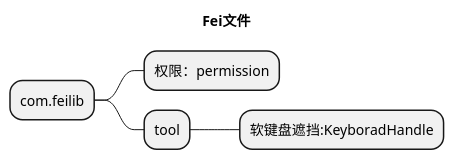
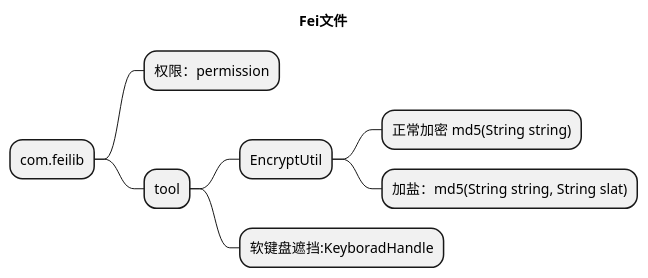
One commit to Murphy-Shi/android_fei changed the diagram in feilib/src/main/java/com/feilib/文件名.puml. Above: the diagram before and after it, drawn with PlantUML. The commit also changed 3 other files, not shown here.

```diff
--- a/feilib/src/main/java/com/feilib/文件名.puml
+++ b/feilib/src/main/java/com/feilib/文件名.puml
@@ -1,10 +1,13 @@
 @startmindmap
 
 title Fei文件
 
 * com.feilib
 ** 权限：permission
 ** tool
+*** EncryptUtil
+**** 正常加密 md5(String string)
+**** 加盐：md5(String string, String slat)
 ***  软键盘遮挡:KeyboradHandle
 
 @endmindmap
```
